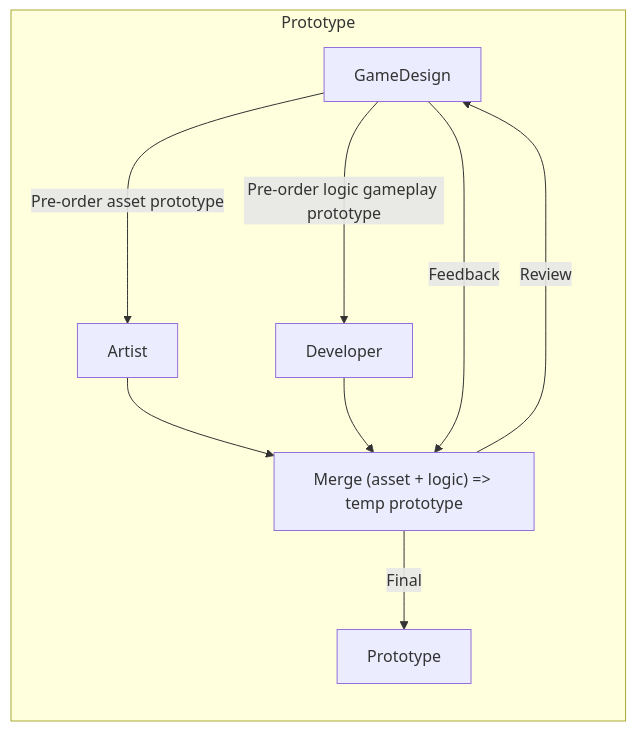
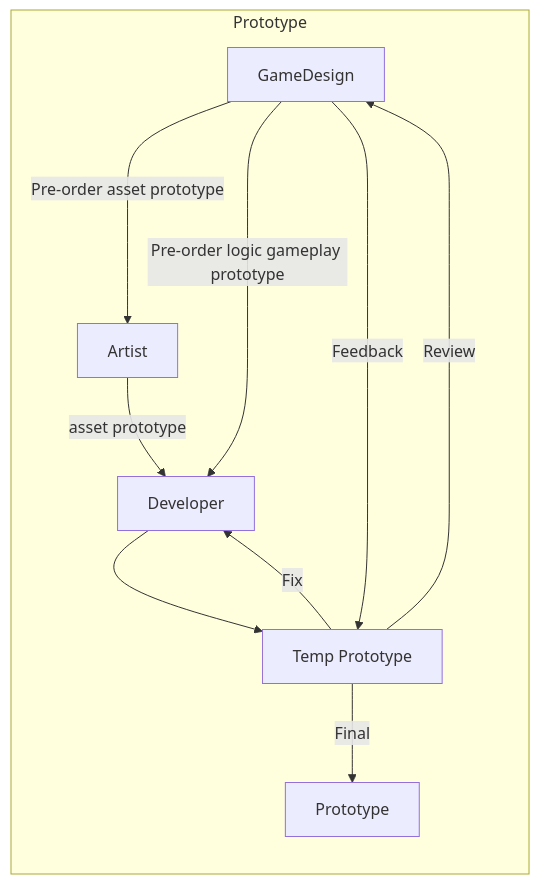
One commit to unity-learn/game-production-process changed the second of 2 diagrams in README.md. Above: the diagram before and after it, drawn with Mermaid.

````diff
--- a/README.md
+++ b/README.md
@@ -29,13 +29,13 @@
 ```mermaid
 flowchart LR
 subgraph S[Prototype]
 GD[GameDesign]
 ART[Artist]
 DEV[Developer]
 PROTOTYPE[Prototype]
-Merge["Merge (asset + logic) => temp prototype"]
-GD--"Pre-order asset prototype"--->ART-->Merge
-GD--"Pre-order logic gameplay prototype"--->DEV-->Merge
+Merge[Temp Prototype]
+GD--"Pre-order asset prototype"--->ART--asset prototype-->DEV
+GD--"Pre-order logic gameplay prototype"--->DEV-->Merge--"Fix"-->DEV
 Merge--Review-->GD--Feedback-->Merge--Final-->PROTOTYPE
 end
 ```
````
